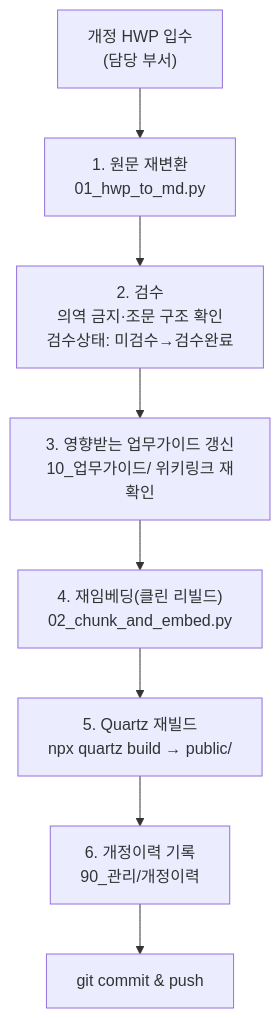
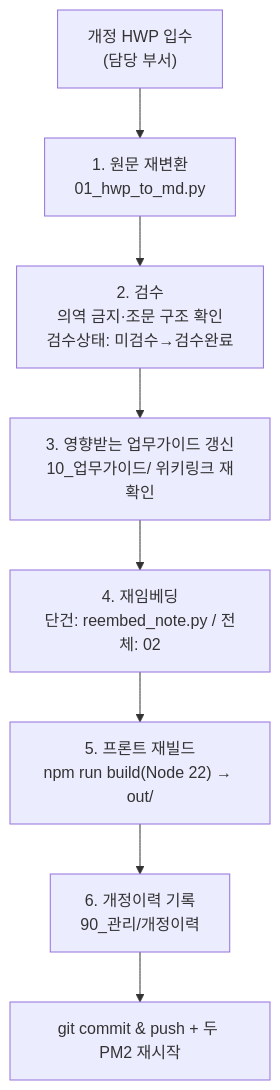
One commit to mooner92/KEIAdminSuperv changed the first of 2 diagrams in docs/10-operations.md. Above: the diagram before and after it, drawn with Mermaid. The commit also changed other lines of this file and 13 other files, not shown here.

````diff
--- a/docs/10-operations.md
+++ b/docs/10-operations.md
@@ -31,10 +54,10 @@
 ```mermaid
 flowchart TD
     A["개정 HWP 입수<br/>(담당 부서)"] --> B["1. 원문 재변환<br/>01_hwp_to_md.py"]
     B --> C["2. 검수<br/>의역 금지·조문 구조 확인<br/>검수상태: 미검수→검수완료"]
     C --> D["3. 영향받는 업무가이드 갱신<br/>10_업무가이드/ 위키링크 재확인"]
-    D --> E["4. 재임베딩(클린 리빌드)<br/>02_chunk_and_embed.py"]
-    E --> F["5. Quartz 재빌드<br/>npx quartz build → public/"]
+    D --> E["4. 재임베딩<br/>단건: reembed_note.py / 전체: 02"]
+    E --> F["5. 프론트 재빌드<br/>npm run build(Node 22) → out/"]
     F --> G["6. 개정이력 기록<br/>90_관리/개정이력"]
-    G --> H["git commit & push"]
+    G --> H["git commit & push + 두 PM2 재시작"]
 ```
````
